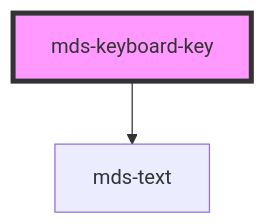
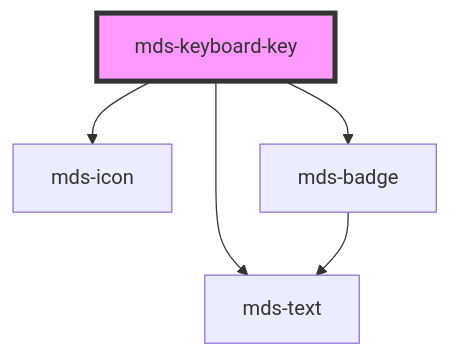
Before and after one commit to magma-design-system/magma: the diagram in projects/stencil/src/components/mds-keyboard-key/readme.md, drawn with Mermaid. The commit also changed other lines of this file and 11 other files, not shown here.

Commit message:
refact(mds-keyboard): add various code changes to make logic more robust

````diff
--- a/projects/stencil/src/components/mds-keyboard-key/readme.md
+++ b/projects/stencil/src/components/mds-keyboard-key/readme.md
@@ -15,5 +38,8 @@
 ```mermaid
 graph TD;
+  mds-keyboard-key --> mds-icon
   mds-keyboard-key --> mds-text
+  mds-keyboard-key --> mds-badge
+  mds-badge --> mds-text
   style mds-keyboard-key fill:#f9f,stroke:#333,stroke-width:4px
 ```
````
